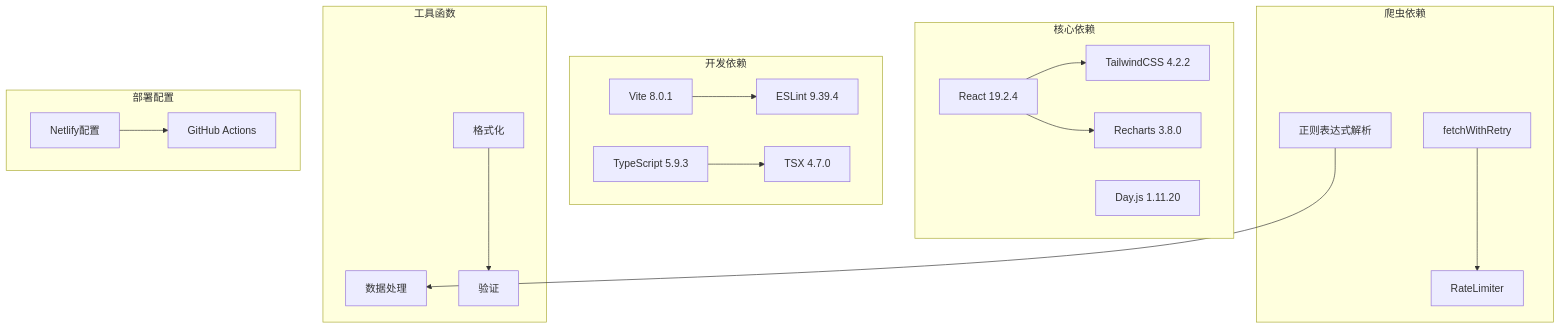
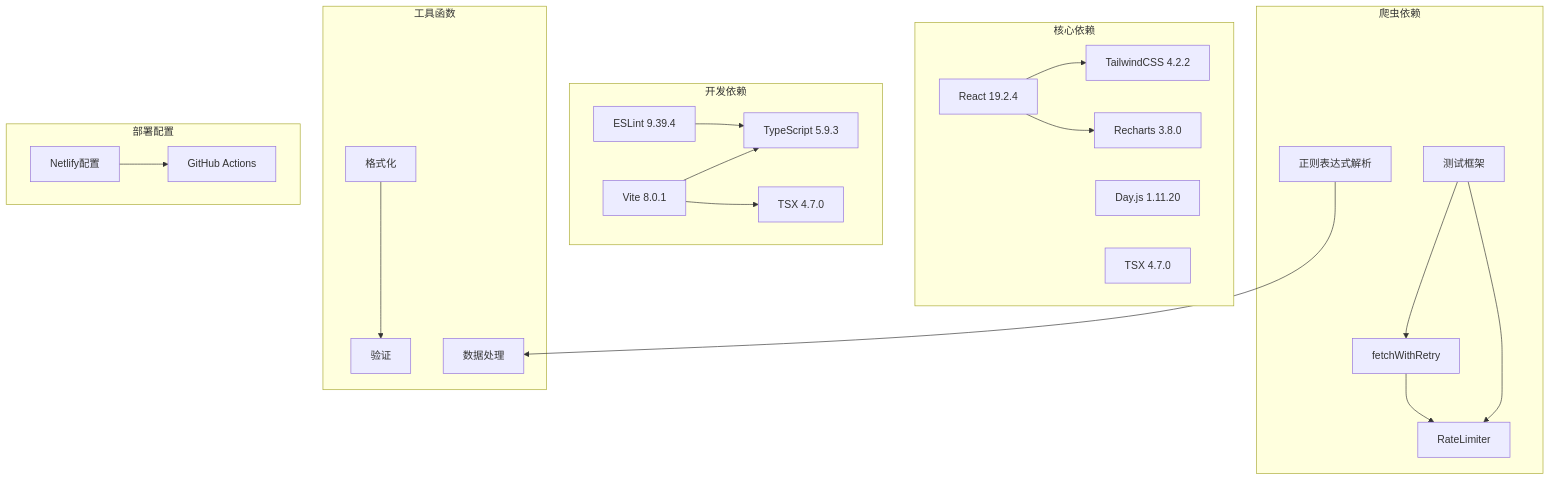
One commit to liangxuanliang-cmd/carbon-info-agent changed diagram 16 of 16 in .qoder/repowiki/zh/content/部署与维护/自动化每日报告系统.md. Above: the diagram before and after it, drawn with Mermaid. The commit also changed other lines of this file and 5 other files, not shown here.

````diff
--- a/.qoder/repowiki/zh/content/部署与维护/自动化每日报告系统.md
+++ b/.qoder/repowiki/zh/content/部署与维护/自动化每日报告系统.md
@@ -492,37 +613,42 @@
 ```mermaid
 graph TD
 subgraph "核心依赖"
 A[React 19.2.4]
 B[Day.js 1.11.20]
 C[TailwindCSS 4.2.2]
 D[Recharts 3.8.0]
+E[TSX 4.7.0]
 end
 subgraph "开发依赖"
-E[Vite 8.0.1]
-F[TypeScript 5.9.3]
-G[ESLint 9.39.4]
-H[TSX 4.7.0]
+F[Vite 8.0.1]
+G[TypeScript 5.9.3]
+H[ESLint 9.39.4]
+I[TSX 4.7.0]
 end
 subgraph "爬虫依赖"
-I[fetchWithRetry]
-J[RateLimiter]
-K[正则表达式解析]
+J[fetchWithRetry]
+K[RateLimiter]
+L[正则表达式解析]
+M[测试框架]
 end
 subgraph "工具函数"
-L[数据处理]
-M[格式化]
-N[验证]
+N[数据处理]
+O[格式化]
+P[验证]
 end
 subgraph "部署配置"
-O[Netlify配置]
-P[GitHub Actions]
+Q[Netlify配置]
+R[GitHub Actions]
 end
 A --> C
 A --> D
-E --> G
-F --> H
-I --> J
-K --> L
-M --> N
+F --> G
+F --> I
+H --> G
+J --> K
+L --> N
 O --> P
+Q --> R
+M --> J
+M --> K
 ```
````
